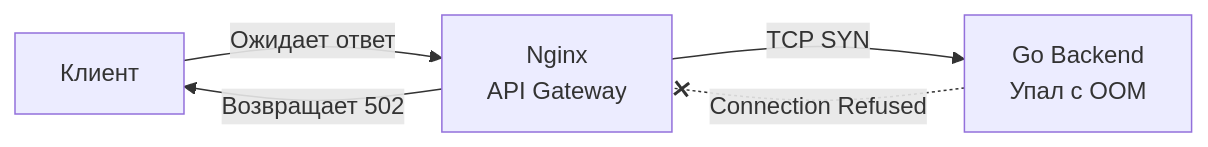
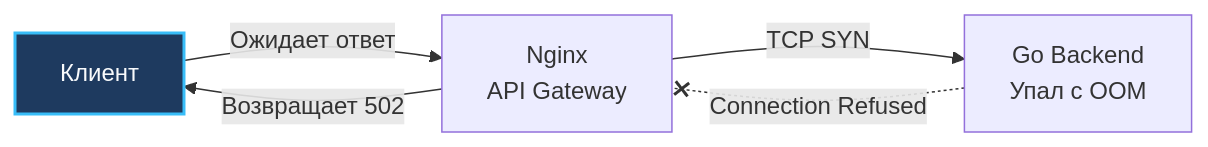
Before and after one commit to UnrealTemplier/go-textbook: the diagram in sources/10. Проектирование API и Сетевые протоколы/6. Статусы HTTP.md, drawn with Mermaid. The commit also changed 1666 other files, not shown here.

First line of the commit message:
feat(mermaid): add semantic color classDef to 1369 colorless flowchart/graph diagrams

````diff
--- a/sources/10. Проектирование API и Сетевые протоколы/6. Статусы HTTP.md
+++ b/sources/10. Проектирование API и Сетевые протоколы/6. Статусы HTTP.md
@@ -76,7 +76,17 @@
 ```mermaid
 flowchart LR
-    Client["Клиент"] -->|"Ожидает ответ"| Nginx["Nginx<br>API Gateway"]
+    classDef process  fill:#1e293b,stroke:#38bdf8,stroke-width:1px,color:#f8fafc
+    classDef success  fill:#064e3b,stroke:#34d399,stroke-width:1px,color:#f8fafc
+    classDef error    fill:#7f1d1d,stroke:#f87171,stroke-width:1px,color:#f8fafc
+    classDef warning  fill:#78350f,stroke:#fbbf24,stroke-width:1px,color:#f8fafc
+    classDef entry    fill:#1e3a5f,stroke:#38bdf8,stroke-width:2px,color:#f8fafc
+    classDef aux      fill:#334155,stroke:#64748b,stroke-width:1px,color:#f8fafc
+    classDef system   fill:#312e81,stroke:#a78bfa,stroke-width:1px,color:#f8fafc
+    classDef data     fill:#132d29,stroke:#2dd4bf,stroke-width:1px,color:#f8fafc
+    classDef network  fill:#881337,stroke:#fb7185,stroke-width:1px,color:#f8fafc
+    classDef accent   fill:#1e1b4b,stroke:#818cf8,stroke-width:1px,color:#f8fafc
+    Client["Клиент"]:::entry -->|"Ожидает ответ"| Nginx["Nginx<br>API Gateway"]
     Nginx -->|"TCP SYN"| Go["Go Backend<br>Упал с OOM"]
     Go -.-x|"Connection Refused"| Nginx
     Nginx -->|"Возвращает 502"| Client
 ```
````
